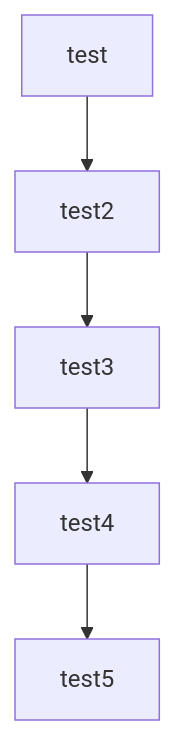
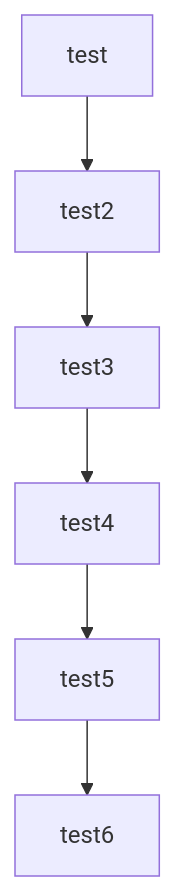
The diagram in docs/mermaid.md (disambiguationuk/MermaidTest), drawn with Mermaid before and after one commit.

Commit message:
Trigger new version

````diff
--- a/docs/mermaid.md
+++ b/docs/mermaid.md
@@ -3,7 +3,8 @@
 ```mermaid
 graph TD
     test --> test2
     test2 --> test3
     test3 --> test4
     test4 --> test5
+    test5 --> test6
 ```
````
